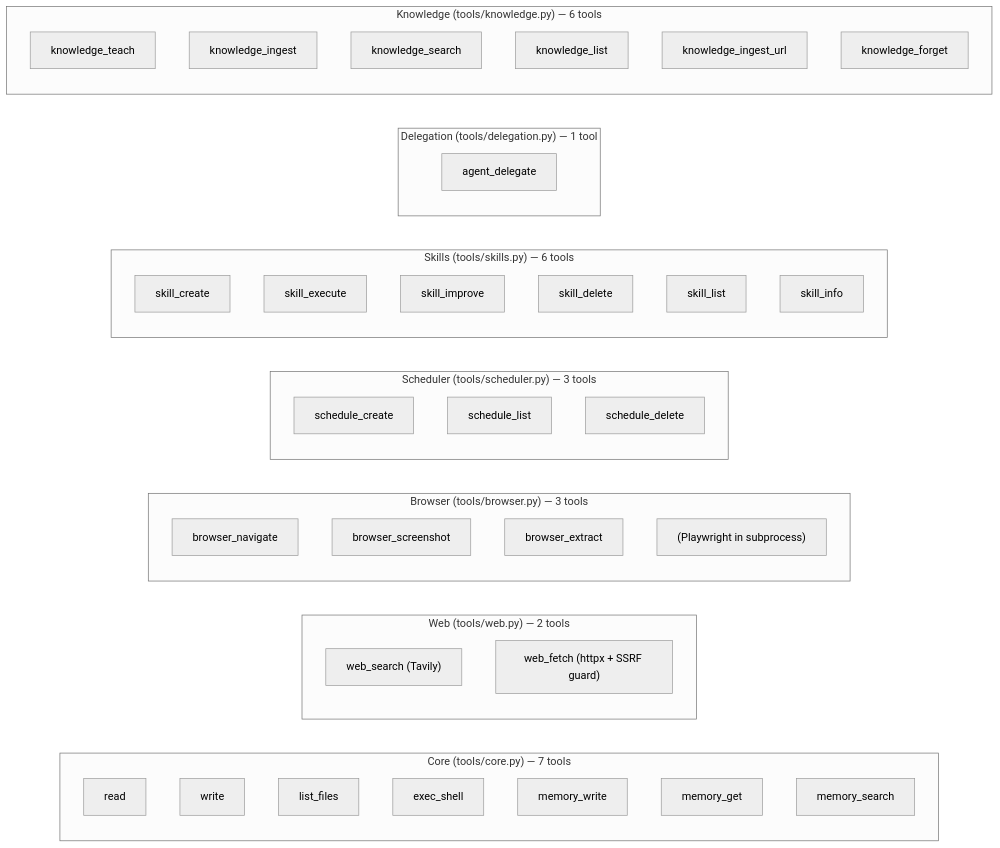
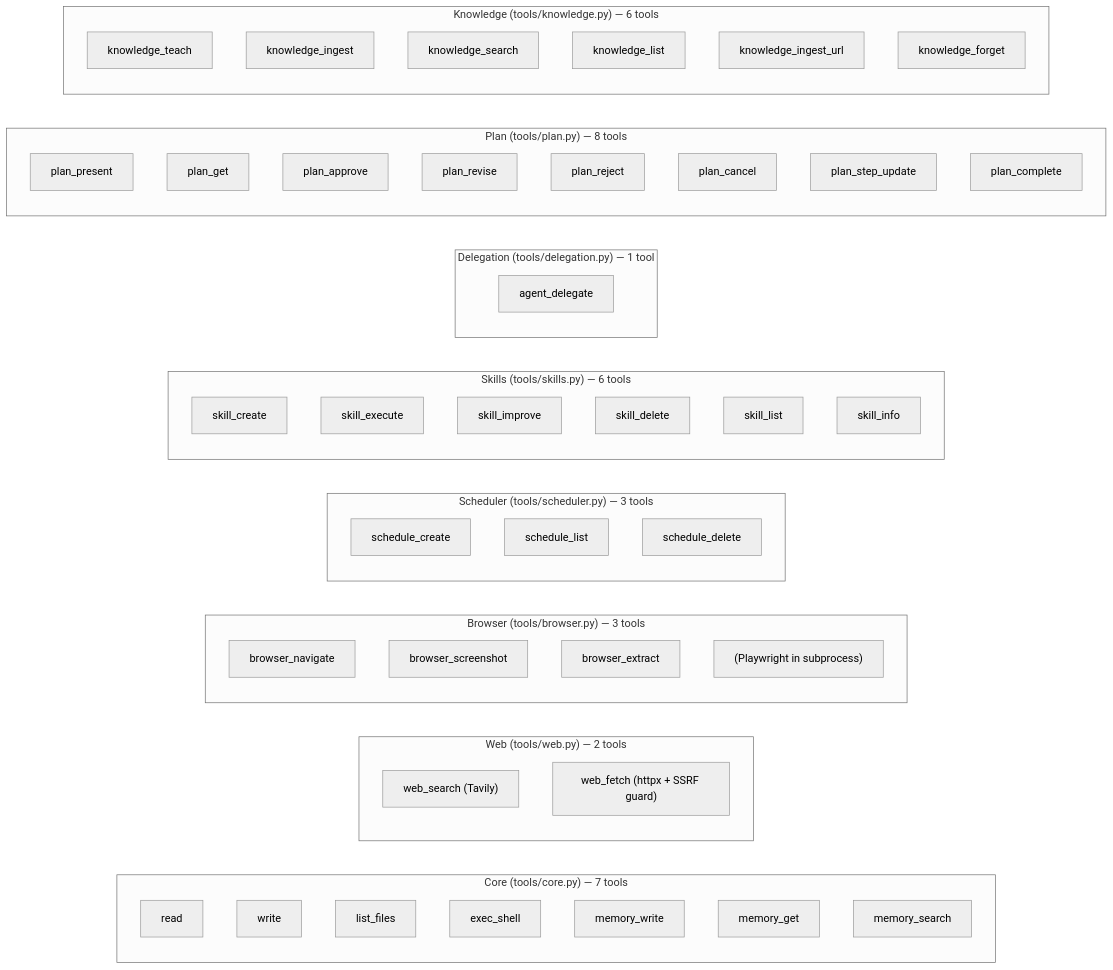
One commit to jkeam/kit changed the ninth of 17 diagrams in docs/architecture.md. Above: the diagram before and after it, drawn with Mermaid (neutral theme). The commit also changed other lines of this file and 26 other files, not shown here.

````diff
--- a/docs/architecture.md
+++ b/docs/architecture.md
@@ -377,35 +378,40 @@
 ```mermaid
 graph LR
     subgraph "Core (tools/core.py) — 7 tools"
         read & write & list_files & exec_shell
         memory_write & memory_get & memory_search
     end
 
     subgraph "Web (tools/web.py) — 2 tools"
         web_search["web_search (Tavily)"]
         web_fetch["web_fetch (httpx + SSRF guard)"]
     end
 
     subgraph "Browser (tools/browser.py) — 3 tools"
         browser_navigate & browser_screenshot & browser_extract
         bp["(Playwright in subprocess)"]
     end
 
     subgraph "Scheduler (tools/scheduler.py) — 3 tools"
         schedule_create & schedule_list & schedule_delete
     end
 
     subgraph "Skills (tools/skills.py) — 6 tools"
         skill_create & skill_execute & skill_improve
         skill_delete & skill_list & skill_info
     end
 
     subgraph "Delegation (tools/delegation.py) — 1 tool"
         agent_delegate
     end
 
+    subgraph "Plan (tools/plan.py) — 8 tools"
+        plan_present & plan_get & plan_approve & plan_revise
+        plan_reject & plan_cancel & plan_step_update & plan_complete
+    end
+
     subgraph "Knowledge (tools/knowledge.py) — 6 tools"
         knowledge_teach & knowledge_ingest & knowledge_search
         knowledge_list & knowledge_ingest_url & knowledge_forget
     end
 ```
````
